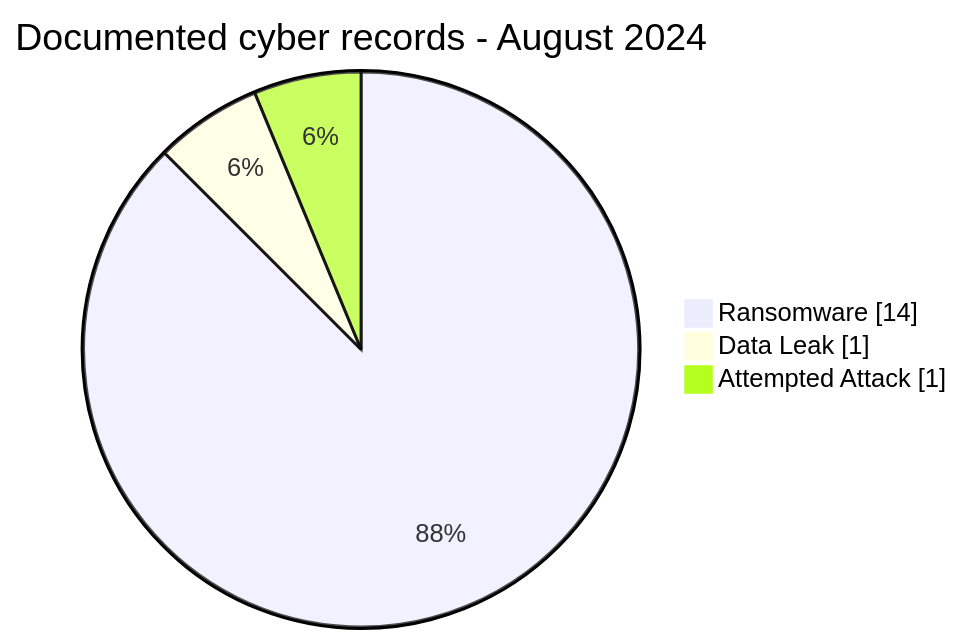
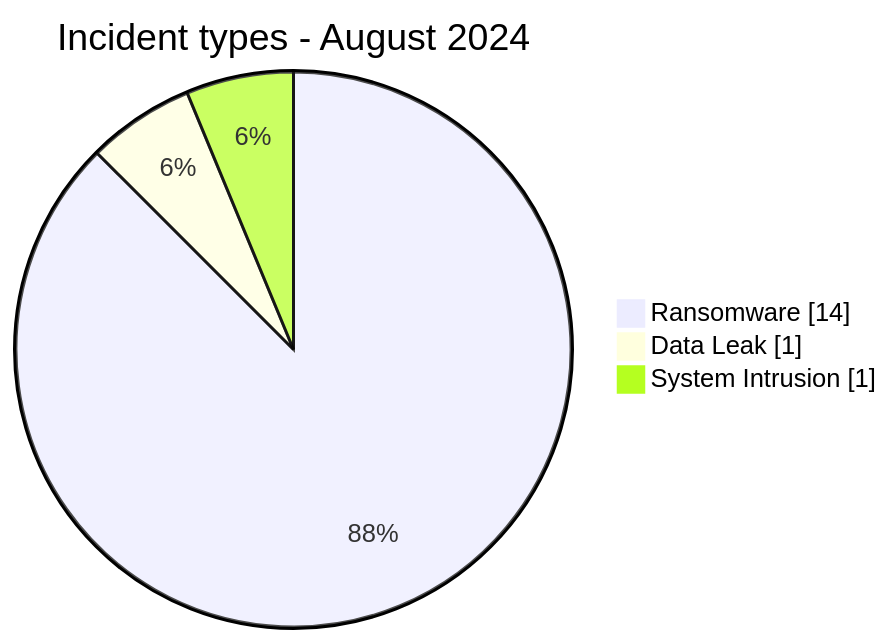
One commit to Hatchepsoute/AFRINTEL changed the first of 2 diagrams in CyberAttackAfrica/2024/08-august/README.md. Above: the diagram before and after it, drawn with Mermaid. The commit also changed other lines of this file and 66 other files, not shown here.

````diff
--- a/CyberAttackAfrica/2024/08-august/README.md
+++ b/CyberAttackAfrica/2024/08-august/README.md
@@ -58,7 +51,7 @@
 ```mermaid
 pie showData
-    title Documented cyber records - August 2024
+    title Incident types - August 2024
     "Ransomware" : 14
     "Data Leak" : 1
-    "Attempted Attack" : 1
+    "System Intrusion" : 1
 ```
````
